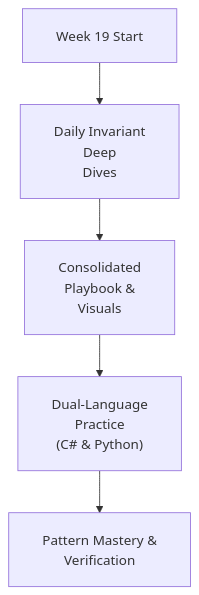
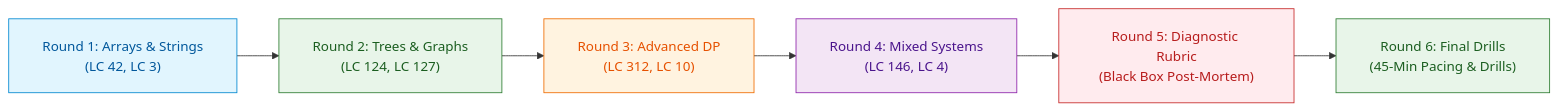
One commit to dip4k/DSA_102 changed the diagram in week_19_mock_interviews_mastery/README.md. Above: the diagram before and after it, drawn with Mermaid. The commit also changed other lines of this file and 147 other files, not shown here.

First line of the commit message:
feat(curriculum): enrich Weeks 01-19 instructional modules & resolve repository-wide Mermaid cutoff

````diff
--- a/week_19_mock_interviews_mastery/README.md
+++ b/week_19_mock_interviews_mastery/README.md
@@ -16,8 +22,16 @@
 ```mermaid
 %%{init: {"flowchart": {"htmlLabels": true, "padding": 20}, "themeCSS": "foreignObject { overflow: visible !important; }"}}%%
-flowchart TD
-    Start["Week 19 Start"] --> Daily["Daily Invariant<br/>Deep<br/>Dives"]
-    Daily --> Playbook["Consolidated<br/>Playbook &<br/>Visuals"]
-    Playbook --> DualLang["Dual-Language<br/>Practice<br/>(C# & Python)"]
-    DualLang --> Mastery["Pattern Mastery &<br/>Verification"]
+flowchart LR
+    M1["Round 1: Arrays & Strings<br/>(LC 42, LC 3)"] --> M2["Round 2: Trees & Graphs<br/>(LC 124, LC 127)"]
+    M2 --> M3["Round 3: Advanced DP<br/>(LC 312, LC 10)"]
+    M3 --> M4["Round 4: Mixed Systems<br/>(LC 146, LC 4)"]
+    M4 --> M5["Round 5: Diagnostic Rubric<br/>(Black Box Post-Mortem)"]
+    M5 --> M6["Round 6: Final Drills<br/>(45-Min Pacing & Drills)"]
+
+    style M1 fill:#e1f5fe,stroke:#0288d1,color:#01579b
+    style M2 fill:#e8f5e9,stroke:#2e7d32,color:#1b5e20
+    style M3 fill:#fff3e0,stroke:#ef6c00,color:#e65100
+    style M4 fill:#f3e5f5,stroke:#8e24aa,color:#4a148c
+    style M5 fill:#ffebee,stroke:#c62828,color:#b71c1c
+    style M6 fill:#e8f5e9,stroke:#2e7d32,color:#1b5e20
 ```
````
